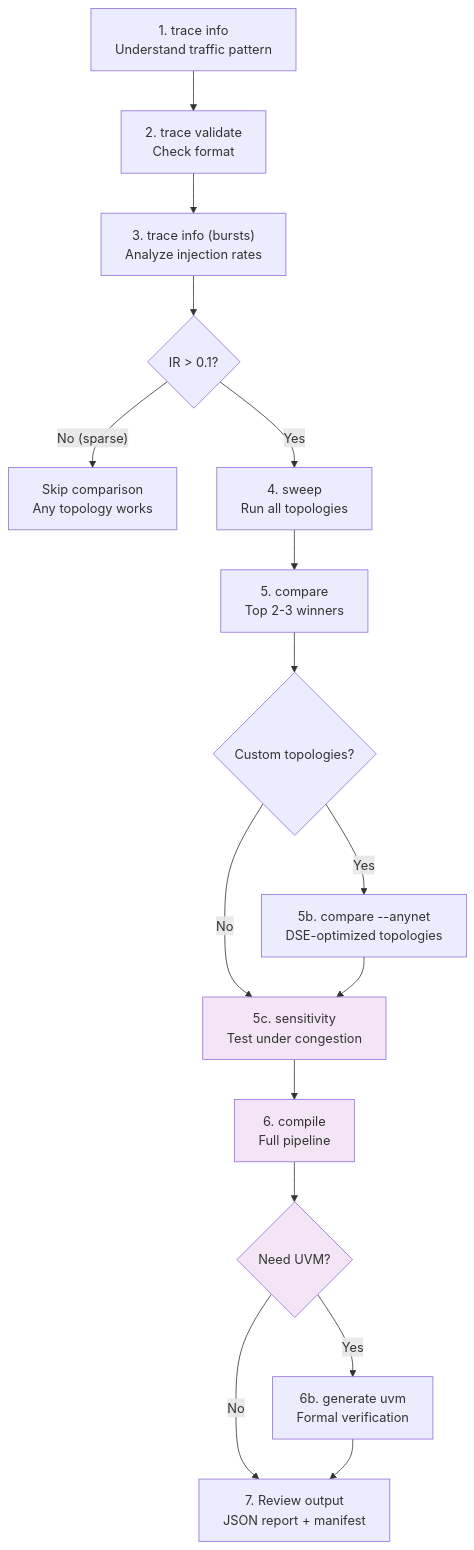
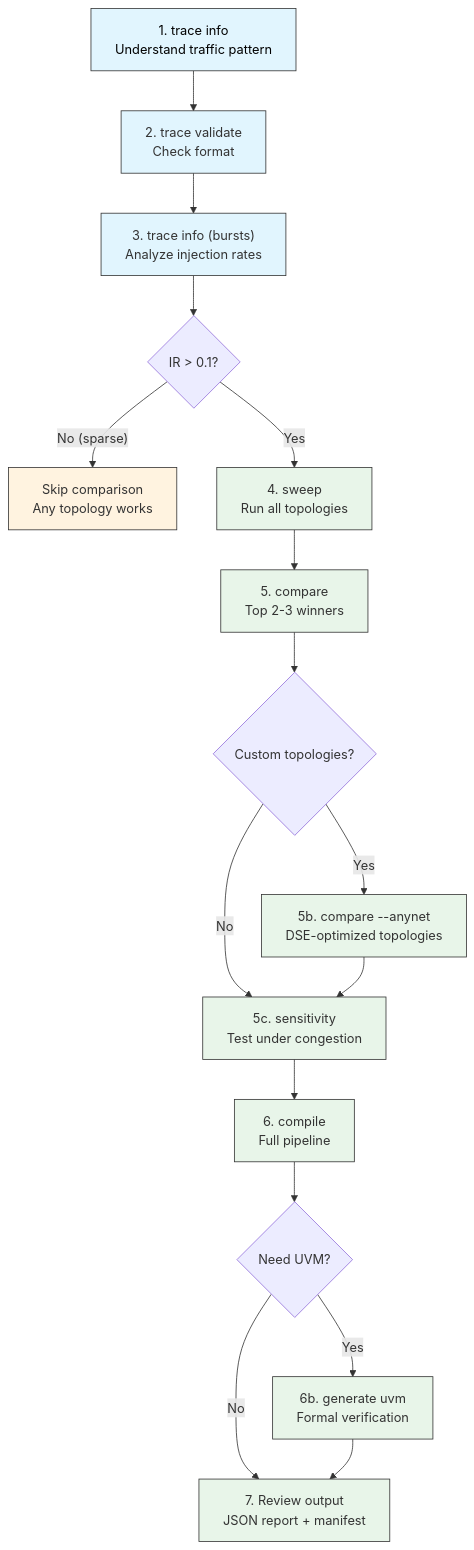
One commit to Anmol-S314/veritx-research changed the fourth of 17 diagrams in tracks/t3-topology/dse/README.md. Above: the diagram before and after it, drawn with Mermaid. The commit also changed other lines of this file and 1 other file, not shown here.

First line of the commit message:
docs: improve Mermaid diagram styling across all 22 diagrams

````diff
--- a/tracks/t3-topology/dse/README.md
+++ b/tracks/t3-topology/dse/README.md
@@ -618,21 +656,38 @@
 ```mermaid
 flowchart TD
     A["1. trace info\nUnderstand traffic pattern"] --> B["2. trace validate\nCheck format"]
     B --> C["3. trace info (bursts)\nAnalyze injection rates"]
     C --> D{"IR > 0.1?"}
     D -->|"No (sparse)"| E["Skip comparison\nAny topology works"]
     D -->|"Yes"| F["4. sweep\nRun all topologies"]
     F --> G["5. compare\nTop 2-3 winners"]
     G --> H{"Custom topologies?"}
     H -->|"Yes"| I["5b. compare --anynet\nDSE-optimized topologies"]
     H -->|"No"| J["5c. sensitivity\nTest under congestion"]
     I --> J
     J --> K["6. compile\nFull pipeline"]
     K --> L{"Need UVM?"}
     L -->|"Yes"| M["6b. generate uvm\nFormal verification"]
     L -->|"No"| N["7. Review output\nJSON report + manifest"]
     M --> N
-    style J fill:#f3e5f5
-    style K fill:#f3e5f5
-    style L fill:#f3e5f5
+
+    style A fill:#e1f5fe,stroke:#333
+    style B fill:#e1f5fe,stroke:#333
+    style C fill:#e1f5fe,stroke:#333
+    style E fill:#fff3e0,stroke:#333
+    style F fill:#e8f5e9,stroke:#333
+    style G fill:#e8f5e9,stroke:#333
+    style I fill:#e8f5e9,stroke:#333
+    style J fill:#e8f5e9,stroke:#333
+    style K fill:#e8f5e9,stroke:#333
+    style M fill:#e8f5e9,stroke:#333
+    style N fill:#e8f5e9,stroke:#333
+
+
+    classDef input fill:#e1f5fe,stroke:#01579b,color:#000
+    classDef cli fill:#e8f5e9,stroke:#2e7d32,color:#000
+    classDef sim fill:#fff3e0,stroke:#e65100,color:#000
+    classDef api fill:#fce4ec,stroke:#c62828,color:#000
+    classDef output fill:#f3e5f5,stroke:#6a1b9a,color:#000
+    class A input
 ```
````
